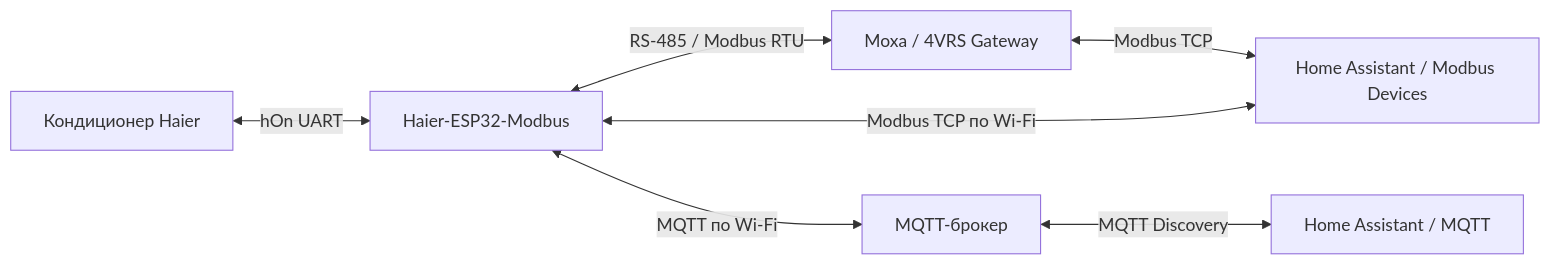
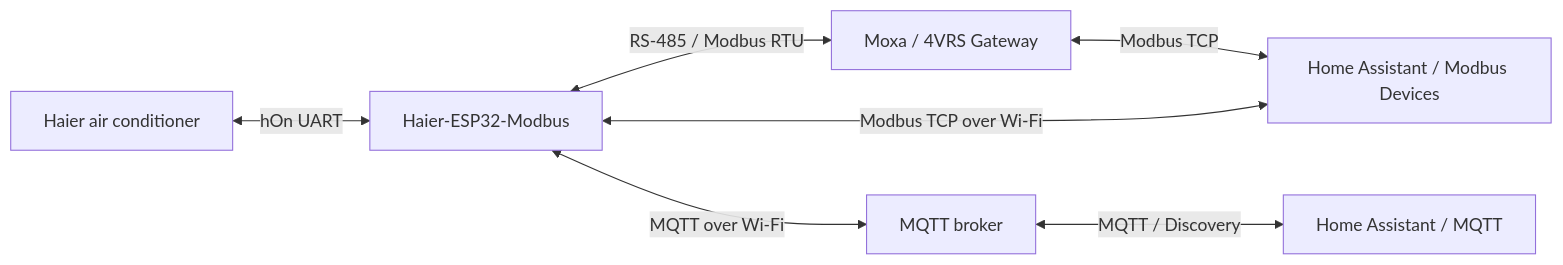
Before and after one commit to dk-1983/Haier-ESP32-Modbus: the diagram in README.md, drawn with Mermaid. The commit also changed other lines of this file and 35 other files, not shown here.

````diff
--- a/README.md
+++ b/README.md
@@ -65,9 +79,9 @@
 ```mermaid
 flowchart LR
-  AC["Кондиционер Haier"] <-->|"hOn UART"| ESP["Haier-ESP32-Modbus"]
+  AC["Haier air conditioner"] <-->|"hOn UART"| ESP["Haier-ESP32-Modbus"]
   ESP <-->|"RS-485 / Modbus RTU"| MOXA["Moxa / 4VRS Gateway"]
   MOXA <-->|"Modbus TCP"| HA["Home Assistant / Modbus Devices"]
-  ESP <-->|"Modbus TCP по Wi-Fi"| HA
-  ESP <-->|"MQTT по Wi-Fi"| BROKER["MQTT-брокер"]
-  BROKER <-->|"MQTT Discovery"| HAMQTT["Home Assistant / MQTT"]
+  ESP <-->|"Modbus TCP over Wi-Fi"| HA
+  ESP <-->|"MQTT over Wi-Fi"| BROKER["MQTT broker"]
+  BROKER <-->|"MQTT / Discovery"| HAMQTT["Home Assistant / MQTT"]
 ```
````
